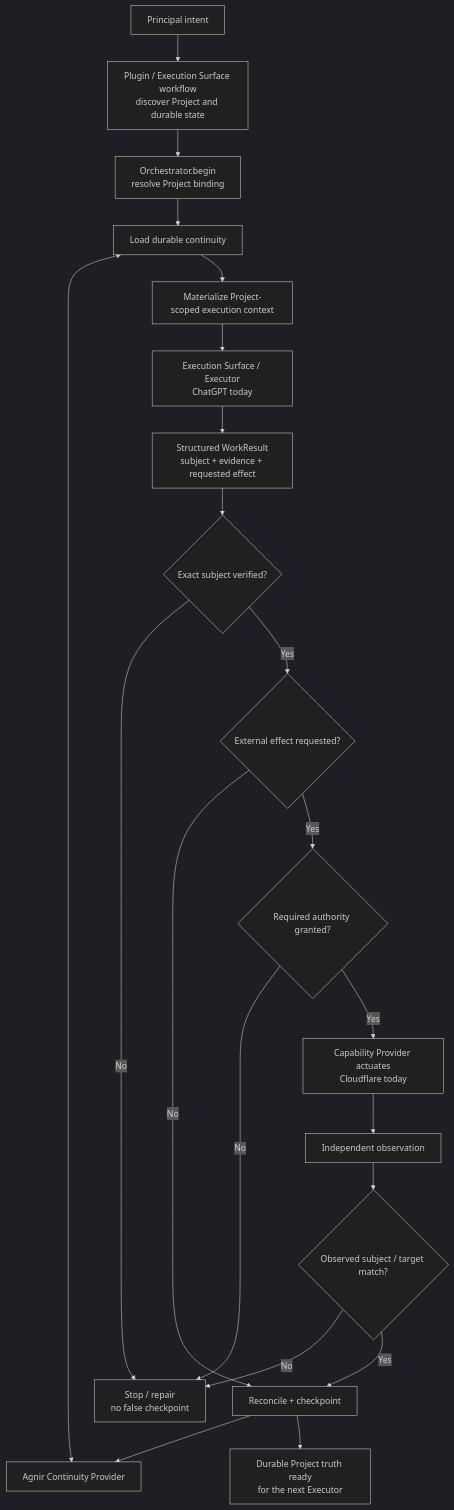
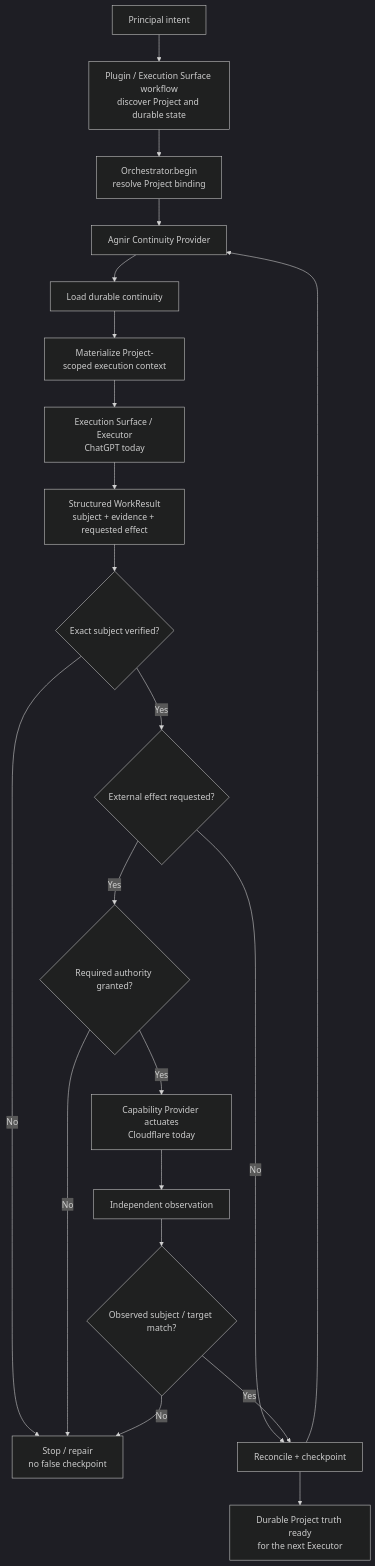
Before and after one commit to iorLab/svif: the second of 2 diagrams in README.md, drawn with Mermaid (dark theme). The commit also changed other lines of this file and 2 other files, not shown here.

Commit message:
docs: make prompts copyable and stabilize Mermaid diagrams

````diff
--- a/README.md
+++ b/README.md
@@ -112,23 +124,23 @@
 ```mermaid
 flowchart TD
-    I[Principal intent] --> P[Plugin / Execution Surface workflow\ndiscover Project and durable state]
-    P --> B[Orchestrator.begin\nresolve Project binding]
-    B --> L[Load durable continuity]
-    L <--> A[Agnir Continuity Provider]
-    L --> M[Materialize Project-scoped execution context]
-    M --> E[Execution Surface / Executor\nChatGPT today]
-    E --> W[Structured WorkResult\nsubject + evidence + requested effect]
-    W --> V{Exact subject verified?}
-    V -- No --> STOP[Stop / repair\nno false checkpoint]
-    V -- Yes --> Q{External effect requested?}
-    Q -- No --> C[Reconcile + checkpoint]
-    Q -- Yes --> U{Required authority granted?}
-    U -- No --> STOP
-    U -- Yes --> D[Capability Provider actuates\nCloudflare today]
-    D --> O[Independent observation]
-    O --> R{Observed subject / target match?}
-    R -- No --> STOP
-    R -- Yes --> C
+    I["Principal intent"] --> P["Plugin / Execution Surface workflow<br/>discover Project and durable state"]
+    P --> B["Orchestrator.begin<br/>resolve Project binding"]
+    B --> A["Agnir Continuity Provider"]
+    A --> L["Load durable continuity"]
+    L --> M["Materialize Project-scoped execution context"]
+    M --> E["Execution Surface / Executor<br/>ChatGPT today"]
+    E --> W["Structured WorkResult<br/>subject + evidence + requested effect"]
+    W --> V{"Exact subject verified?"}
+    V -- "No" --> STOP["Stop / repair<br/>no false checkpoint"]
+    V -- "Yes" --> Q{"External effect requested?"}
+    Q -- "No" --> C["Reconcile + checkpoint"]
+    Q -- "Yes" --> U{"Required authority granted?"}
+    U -- "No" --> STOP
+    U -- "Yes" --> D["Capability Provider actuates<br/>Cloudflare today"]
+    D --> O["Independent observation"]
+    O --> R{"Observed subject / target match?"}
+    R -- "No" --> STOP
+    R -- "Yes" --> C
     C --> A
-    C --> N[Durable Project truth ready\nfor the next Executor]
+    C --> N["Durable Project truth ready<br/>for the next Executor"]
 ```
````
